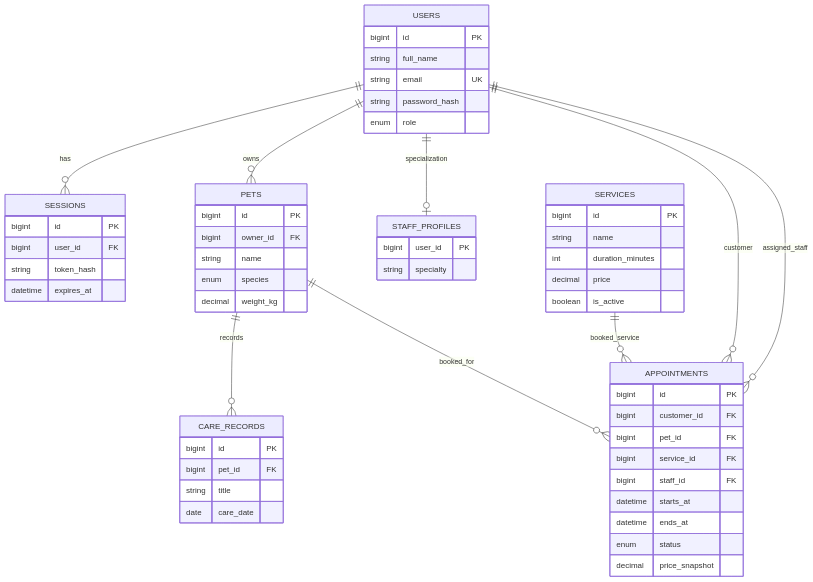
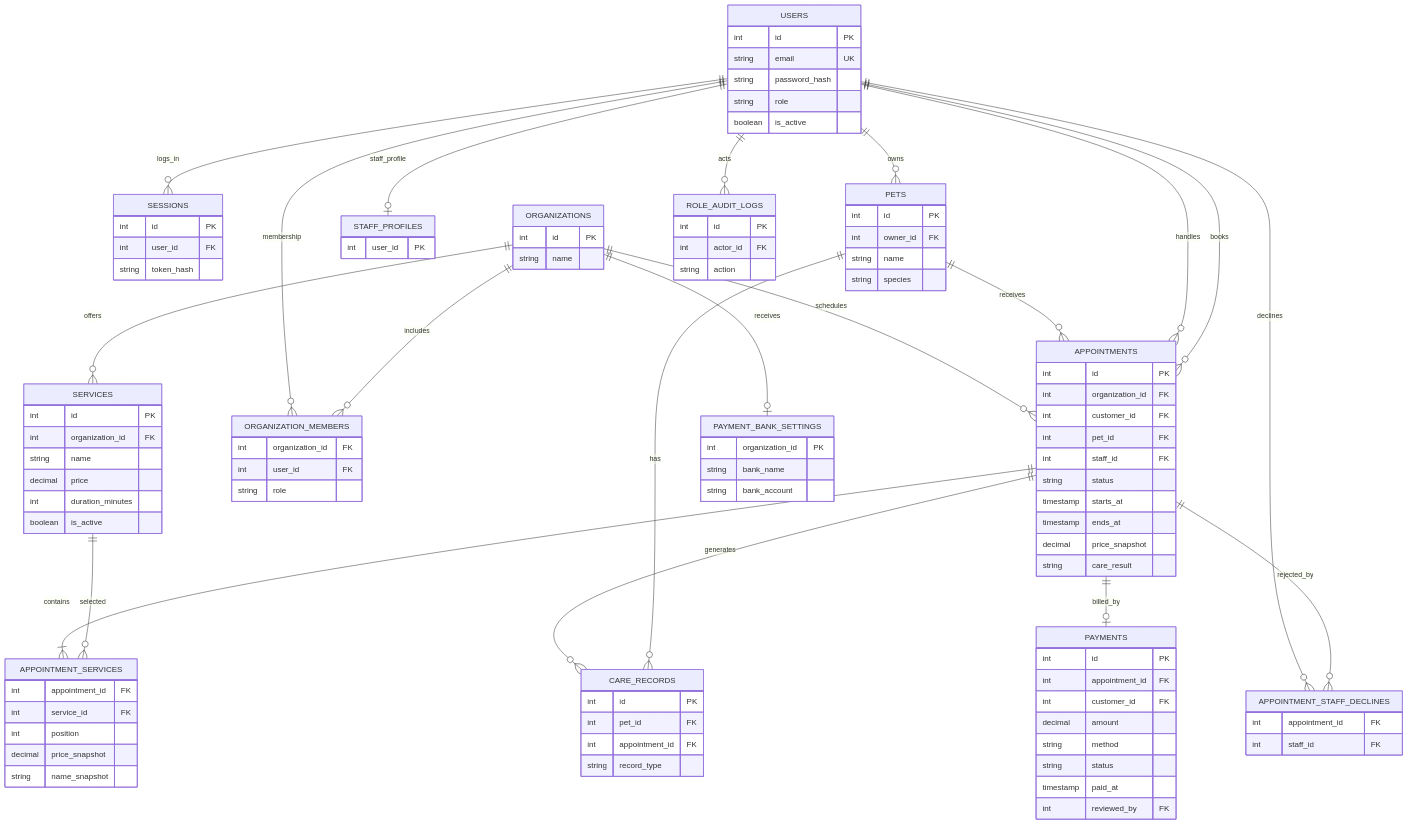
One commit to Group7MHH/PawCare-SaaS changed the diagram in docs/ERD.md. Above: the diagram before and after it, drawn with Mermaid. The commit also changed other lines of this file and 10 other files, not shown here.

````diff
--- a/docs/ERD.md
+++ b/docs/ERD.md
@@ -7,18 +5,110 @@
 ```mermaid
 erDiagram
-  USERS ||--o{ SESSIONS : has
-  USERS ||--o{ PETS : owns
-  USERS ||--o| STAFF_PROFILES : specialization
-  USERS ||--o{ APPOINTMENTS : customer
-  USERS ||--o{ APPOINTMENTS : assigned_staff
-  PETS ||--o{ CARE_RECORDS : records
-  PETS ||--o{ APPOINTMENTS : booked_for
-  SERVICES ||--o{ APPOINTMENTS : booked_service
-  USERS { bigint id PK string full_name string email UK string password_hash enum role }
-  SESSIONS { bigint id PK bigint user_id FK string token_hash datetime expires_at }
-  PETS { bigint id PK bigint owner_id FK string name enum species decimal weight_kg }
-  CARE_RECORDS { bigint id PK bigint pet_id FK string title date care_date }
-  SERVICES { bigint id PK string name int duration_minutes decimal price boolean is_active }
-  STAFF_PROFILES { bigint user_id PK string specialty }
-  APPOINTMENTS { bigint id PK bigint customer_id FK bigint pet_id FK bigint service_id FK bigint staff_id FK datetime starts_at datetime ends_at enum status decimal price_snapshot }
+ USERS ||--o{ SESSIONS : logs_in
+ USERS ||--o{ PETS : owns
+ USERS ||--o| STAFF_PROFILES : staff_profile
+ USERS ||--o{ APPOINTMENTS : books
+ USERS ||--o{ APPOINTMENTS : handles
+ PETS ||--o{ APPOINTMENTS : receives
+ PETS ||--o{ CARE_RECORDS : has
+ ORGANIZATIONS ||--o{ ORGANIZATION_MEMBERS : includes
+ USERS ||--o{ ORGANIZATION_MEMBERS : membership
+ ORGANIZATIONS ||--o{ SERVICES : offers
+ ORGANIZATIONS ||--o{ APPOINTMENTS : schedules
+ SERVICES ||--o{ APPOINTMENT_SERVICES : selected
+ APPOINTMENTS ||--|{ APPOINTMENT_SERVICES : contains
+ APPOINTMENTS ||--o| PAYMENTS : billed_by
+ APPOINTMENTS ||--o{ CARE_RECORDS : generates
+ APPOINTMENTS ||--o{ APPOINTMENT_STAFF_DECLINES : rejected_by
+ USERS ||--o{ APPOINTMENT_STAFF_DECLINES : declines
+ ORGANIZATIONS ||--o| PAYMENT_BANK_SETTINGS : receives
+ USERS ||--o{ ROLE_AUDIT_LOGS : acts
+
+ USERS {
+   int id PK
+   string email UK
+   string password_hash
+   string role
+   boolean is_active
+ }
+ PETS {
+   int id PK
+   int owner_id FK
+   string name
+   string species
+ }
+ SERVICES {
+   int id PK
+   int organization_id FK
+   string name
+   decimal price
+   int duration_minutes
+   boolean is_active
+ }
+ APPOINTMENTS {
+   int id PK
+   int organization_id FK
+   int customer_id FK
+   int pet_id FK
+   int staff_id FK
+   string status
+   timestamp starts_at
+   timestamp ends_at
+   decimal price_snapshot
+   string care_result
+ }
+ APPOINTMENT_SERVICES {
+   int appointment_id FK
+   int service_id FK
+   int position
+   decimal price_snapshot
+   string name_snapshot
+ }
+ PAYMENTS {
+   int id PK
+   int appointment_id FK
+   int customer_id FK
+   decimal amount
+   string method
+   string status
+   timestamp paid_at
+   int reviewed_by FK
+ }
+ CARE_RECORDS {
+   int id PK
+   int pet_id FK
+   int appointment_id FK
+   string record_type
+ }
+ ORGANIZATIONS {
+   int id PK
+   string name
+ }
+ ORGANIZATION_MEMBERS {
+   int organization_id FK
+   int user_id FK
+   string role
+ }
+ STAFF_PROFILES {
+   int user_id PK
+ }
+ SESSIONS {
+   int id PK
+   int user_id FK
+   string token_hash
+ }
+ APPOINTMENT_STAFF_DECLINES {
+   int appointment_id FK
+   int staff_id FK
+ }
+ PAYMENT_BANK_SETTINGS {
+   int organization_id PK
+   string bank_name
+   string bank_account
+ }
+ ROLE_AUDIT_LOGS {
+   int id PK
+   int actor_id FK
+   string action
+ }
 ```
````
